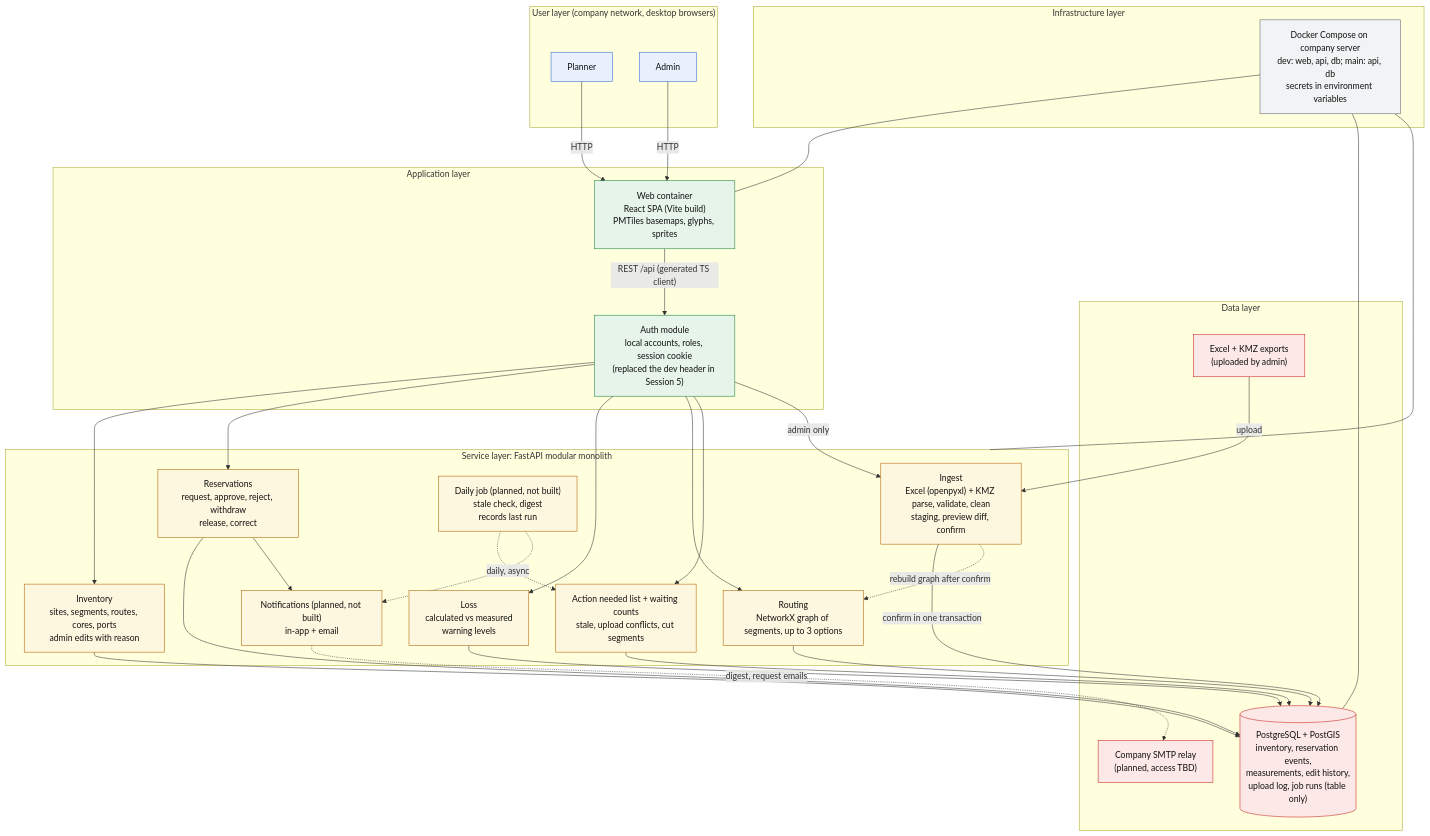
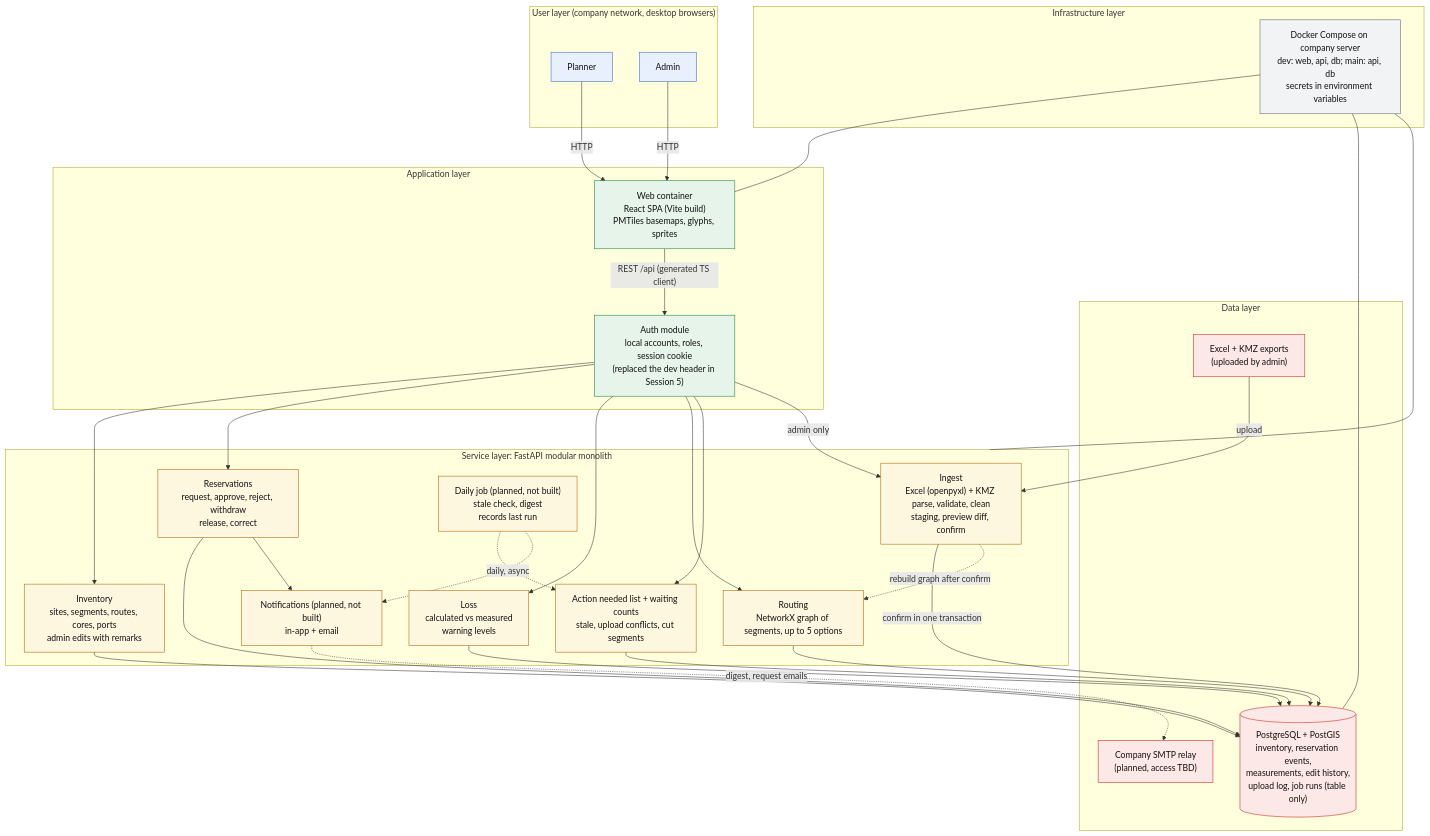
One commit to Pilths/fiber changed the diagram in docs/architecture.md. Above: the diagram before and after it, drawn with Mermaid. The commit also changed other lines of this file and 8 other files, not shown here.

````diff
--- a/docs/architecture.md
+++ b/docs/architecture.md
@@ -27,59 +27,59 @@
 ```mermaid
 flowchart TB
   subgraph USER["User layer (company network, desktop browsers)"]
     P["Planner"]
     A["Admin"]
   end
 
   subgraph APP["Application layer"]
     WEB["Web container<br/>React SPA (Vite build)<br/>PMTiles basemaps, glyphs, sprites"]
     AUTH["Auth module<br/>local accounts, roles, session cookie<br/>(replaced the dev header in Session 5)"]
   end
 
   subgraph SVC["Service layer: FastAPI modular monolith"]
     INGEST["Ingest<br/>Excel (openpyxl) + KMZ parse, validate, clean<br/>staging, preview diff, confirm"]
-    INV["Inventory<br/>sites, segments, routes, cores, ports<br/>admin edits with reason"]
+    INV["Inventory<br/>sites, segments, routes, cores, ports<br/>admin edits with remarks"]
     RES["Reservations<br/>request, approve, reject, withdraw<br/>release, correct"]
     LOSS["Loss<br/>calculated vs measured<br/>warning levels"]
-    ROUTE["Routing<br/>NetworkX graph of segments, up to 3 options"]
+    ROUTE["Routing<br/>NetworkX graph of segments, up to 5 options"]
     REVIEW["Action needed list + waiting counts<br/>stale, upload conflicts, cut segments"]
     JOB["Daily job (planned, not built)<br/>stale check, digest<br/>records last run"]
     NOTIFY["Notifications (planned, not built)<br/>in-app + email"]
   end
 
   subgraph DATA["Data layer"]
     PG[("PostgreSQL + PostGIS<br/>inventory, reservation events,<br/>measurements, edit history,<br/>upload log, job runs (table only)")]
     FILES["Excel + KMZ exports<br/>(uploaded by admin)"]
     SMTP["Company SMTP relay<br/>(planned, access TBD)"]
   end
 
   subgraph INFRA["Infrastructure layer"]
     DC["Docker Compose on company server<br/>dev: web, api, db; main: api, db<br/>secrets in environment variables"]
   end
 
   P -->|HTTP| WEB
   A -->|HTTP| WEB
   WEB -->|"REST /api (generated TS client)"| AUTH
   AUTH --> INV & RES & LOSS & ROUTE & REVIEW
   AUTH -->|admin only| INGEST
   FILES -->|upload| INGEST
   INGEST -->|confirm in one transaction| PG
   INV & RES & LOSS & ROUTE & REVIEW --> PG
   RES --> NOTIFY
   JOB -.->|daily, async| REVIEW
   JOB -.-> NOTIFY
   NOTIFY -.->|digest, request emails| SMTP
   INGEST -.->|rebuild graph after confirm| ROUTE
   DC --- WEB & SVC & PG
 
   classDef user fill:#e8f0fe,stroke:#3367d6,color:#111
   classDef app fill:#e6f4ea,stroke:#188038,color:#111
   classDef svc fill:#fef7e0,stroke:#b06000,color:#111
   classDef data fill:#fce8e6,stroke:#c5221f,color:#111
   classDef infra fill:#f1f3f4,stroke:#5f6368,color:#111
   class P,A user
   class WEB,AUTH app
   class INGEST,INV,RES,LOSS,ROUTE,REVIEW,JOB,NOTIFY svc
   class PG,FILES,SMTP data
   class DC infra
 ```
````
